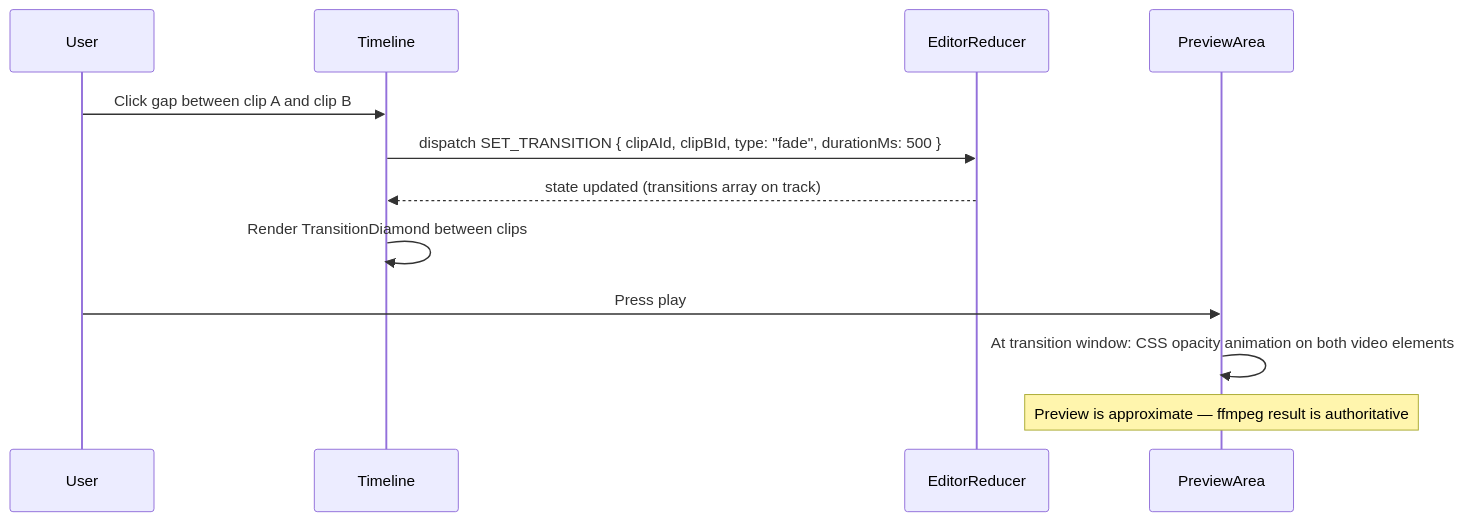
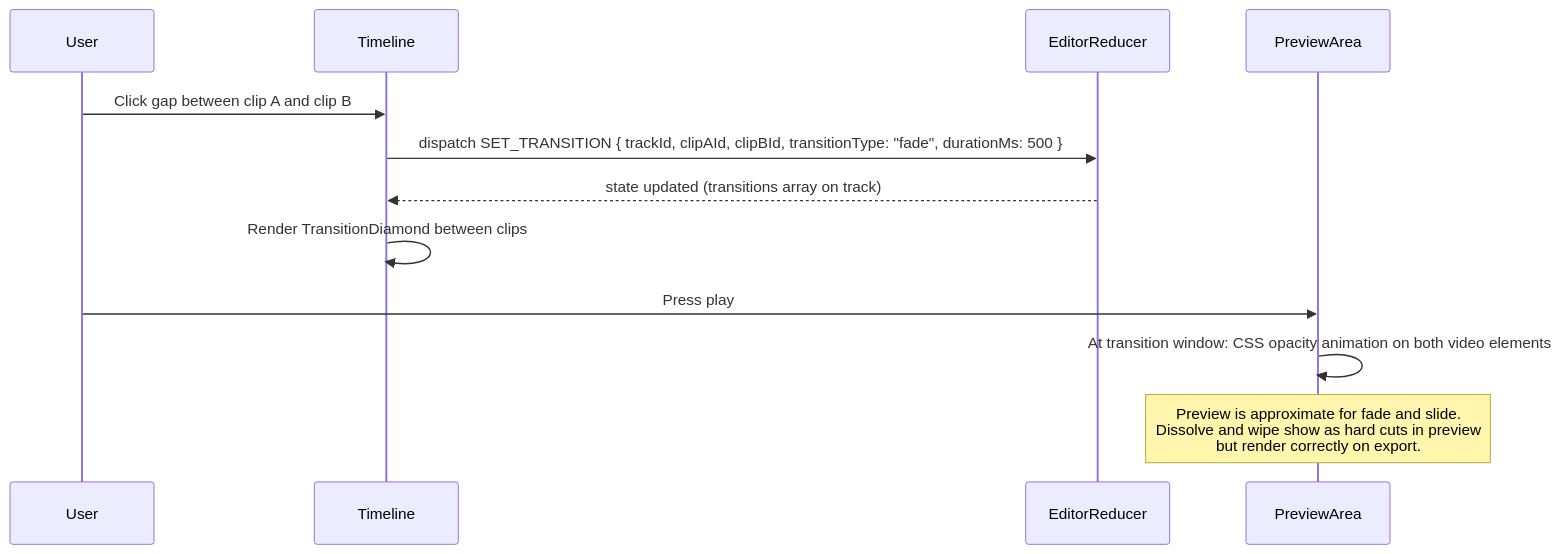
The second of 2 diagrams in docs/editor-studio/architecture/03-effects-transitions-hld-lld.md (KennethAtchon/ContentAI), drawn with Mermaid before and after one commit. The commit also changed other lines of this file and 26 other files, not shown here.

First line of the commit message:
feat: Enhance Docker scripts and database schema for improved project management and infrastructure setup

````diff
--- a/docs/editor-studio/architecture/03-effects-transitions-hld-lld.md
+++ b/docs/editor-studio/architecture/03-effects-transitions-hld-lld.md
@@ -50,15 +49,15 @@
 ```mermaid
 sequenceDiagram
     participant U as User
     participant TL as Timeline
     participant ER as EditorReducer
     participant PA as PreviewArea
 
     U->>TL: Click gap between clip A and clip B
-    TL->>ER: dispatch SET_TRANSITION { clipAId, clipBId, type: "fade", durationMs: 500 }
+    TL->>ER: dispatch SET_TRANSITION { trackId, clipAId, clipBId, transitionType: "fade", durationMs: 500 }
     ER-->>TL: state updated (transitions array on track)
     TL->>TL: Render TransitionDiamond between clips
     U->>PA: Press play
     PA->>PA: At transition window: CSS opacity animation on both video elements
-    Note over PA: Preview is approximate — ffmpeg result is authoritative
+    Note over PA: Preview is approximate for fade and slide.<br/>Dissolve and wipe show as hard cuts in preview<br/>but render correctly on export.
 ```
````
